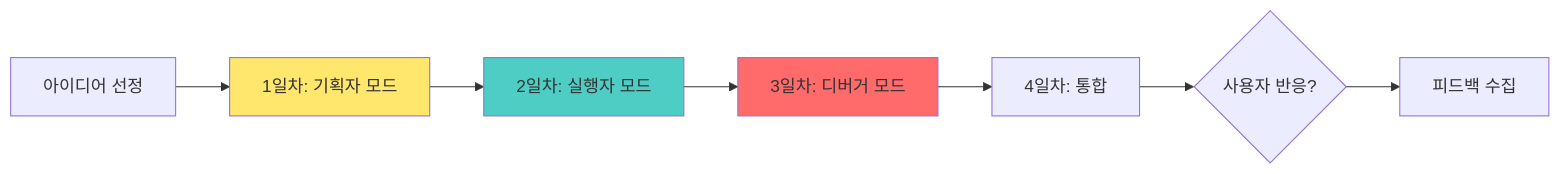
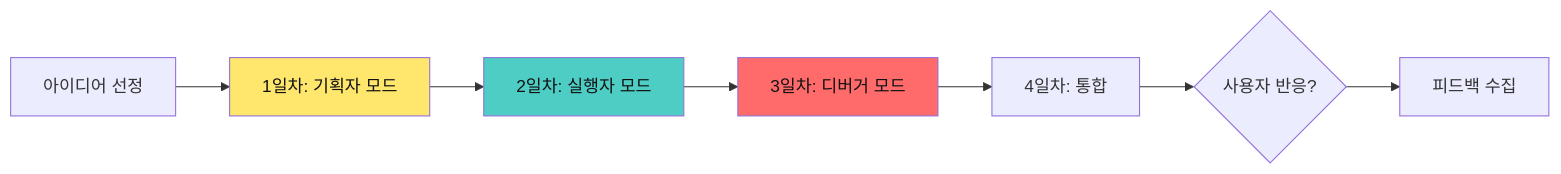
One commit to Collegenie-X/AI-Vive-Coding changed the seventh of 31 diagrams in Docs/AI교육_가상환경_비즈니스_중심_프로그램.md. Above: the diagram before and after it, drawn with Mermaid. The commit also changed other lines of this file, not shown here.

````diff
--- a/Docs/AI교육_가상환경_비즈니스_중심_프로그램.md
+++ b/Docs/AI교육_가상환경_비즈니스_중심_프로그램.md
@@ -246,13 +246,13 @@
 ```mermaid
 graph LR
     A[아이디어 선정] --> B[1일차: 기획자 모드]
     B --> C[2일차: 실행자 모드]
     C --> D[3일차: 디버거 모드]
     D --> E[4일차: 통합]
     E --> F{사용자 반응?}
     F --> G[피드백 수집]
     
-    style B fill:#ffe66d
-    style C fill:#4ecdc4
-    style D fill:#ff6b6b
+    style B fill:#ffe66d,color:#111
+    style C fill:#4ecdc4,color:#111
+    style D fill:#ff6b6b,color:#111
 ```
````
